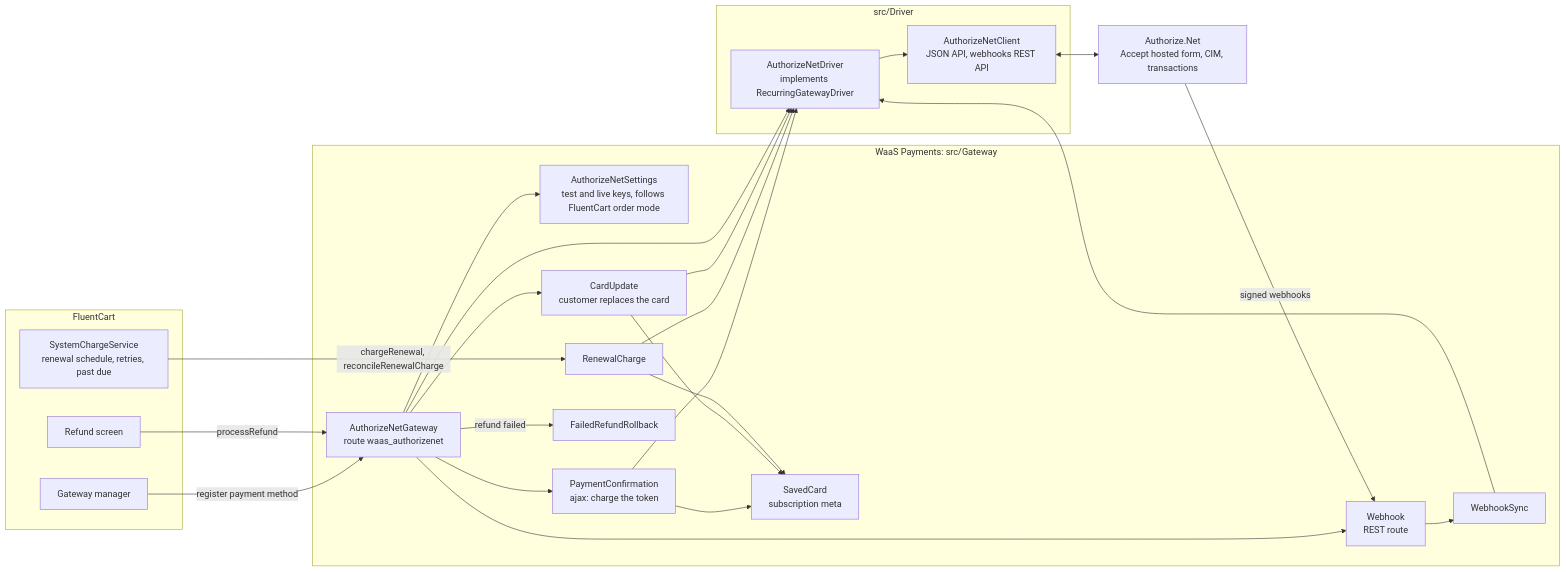
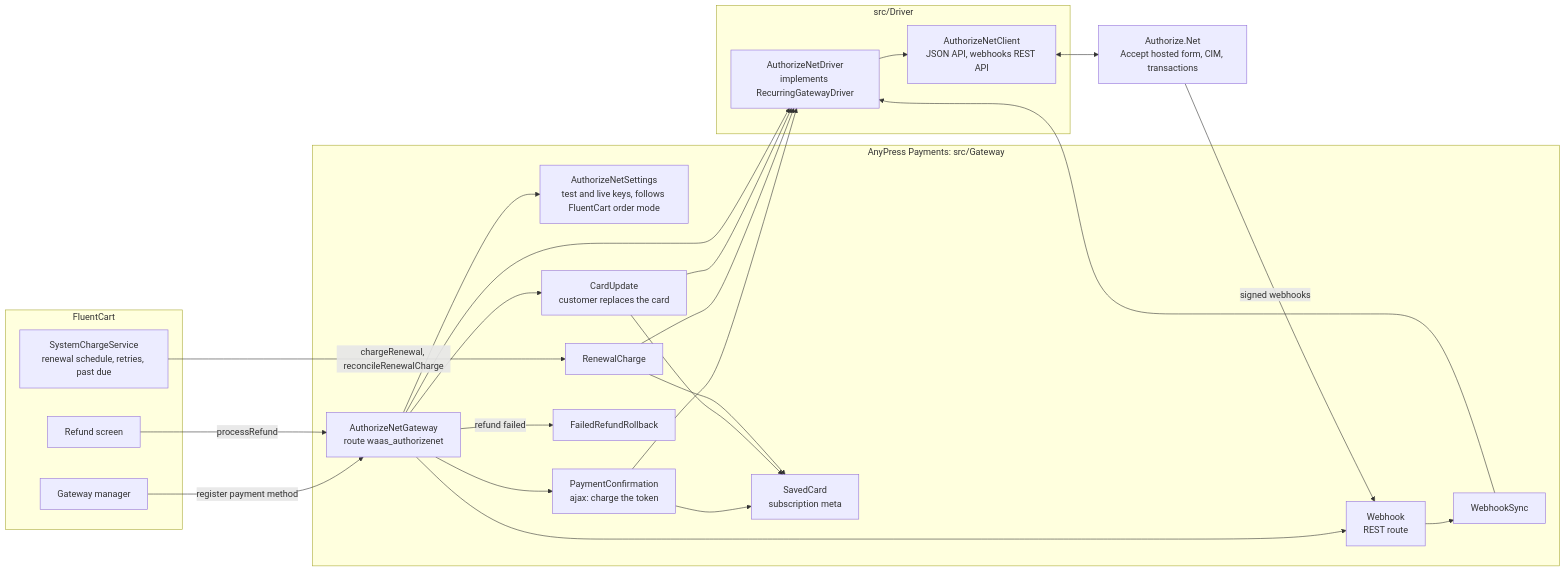
One commit to hamchowderr/waas-plugins changed the first of 5 diagrams in docs/architecture/waas-payments.md. Above: the diagram before and after it, drawn with Mermaid. The commit also changed other lines of this file and 74 other files, not shown here.

First line of the commit message:
AnyPress Host 2.11.0, AnyPress Client 2.13.0, AnyPress Payments 0.2.0-beta.3: AnyPress names (waas-api-x4a)

````diff
--- a/docs/architecture/waas-payments.md
+++ b/docs/architecture/waas-payments.md
@@ -9,48 +9,48 @@
 ```mermaid
 flowchart LR
   subgraph FC["FluentCart"]
     GM["Gateway manager"]
     SCS["SystemChargeService<br/>renewal schedule, retries, past due"]
     REF["Refund screen"]
   end
 
-  subgraph WP["WaaS Payments: src/Gateway"]
+  subgraph WP["AnyPress Payments: src/Gateway"]
     GW["AuthorizeNetGateway<br/>route waas_authorizenet"]
     SET["AuthorizeNetSettings<br/>test and live keys, follows FluentCart order mode"]
     PC["PaymentConfirmation<br/>ajax: charge the token"]
     RC["RenewalCharge"]
     CU["CardUpdate<br/>customer replaces the card"]
     SC["SavedCard<br/>subscription meta"]
     WH["Webhook<br/>REST route"]
     WS["WebhookSync"]
     FRR["FailedRefundRollback"]
   end
 
   subgraph DRV["src/Driver"]
     D["AuthorizeNetDriver<br/>implements RecurringGatewayDriver"]
     CL["AuthorizeNetClient<br/>JSON API, webhooks REST API"]
     D --> CL
   end
 
   ANET["Authorize.Net<br/>Accept hosted form, CIM, transactions"]
 
   GM -->|"register payment method"| GW
   GW --> SET
   GW --> PC
   GW --> CU
   GW --> WH
   SCS -->|"chargeRenewal, reconcileRenewalCharge"| RC
   REF -->|"processRefund"| GW
   GW -->|"refund failed"| FRR
   PC --> SC
   CU --> SC
   RC --> SC
   WH --> WS
   PC --> D
   RC --> D
   CU --> D
   WS --> D
   GW --> D
   CL <--> ANET
   ANET -->|"signed webhooks"| WH
 ```
````
